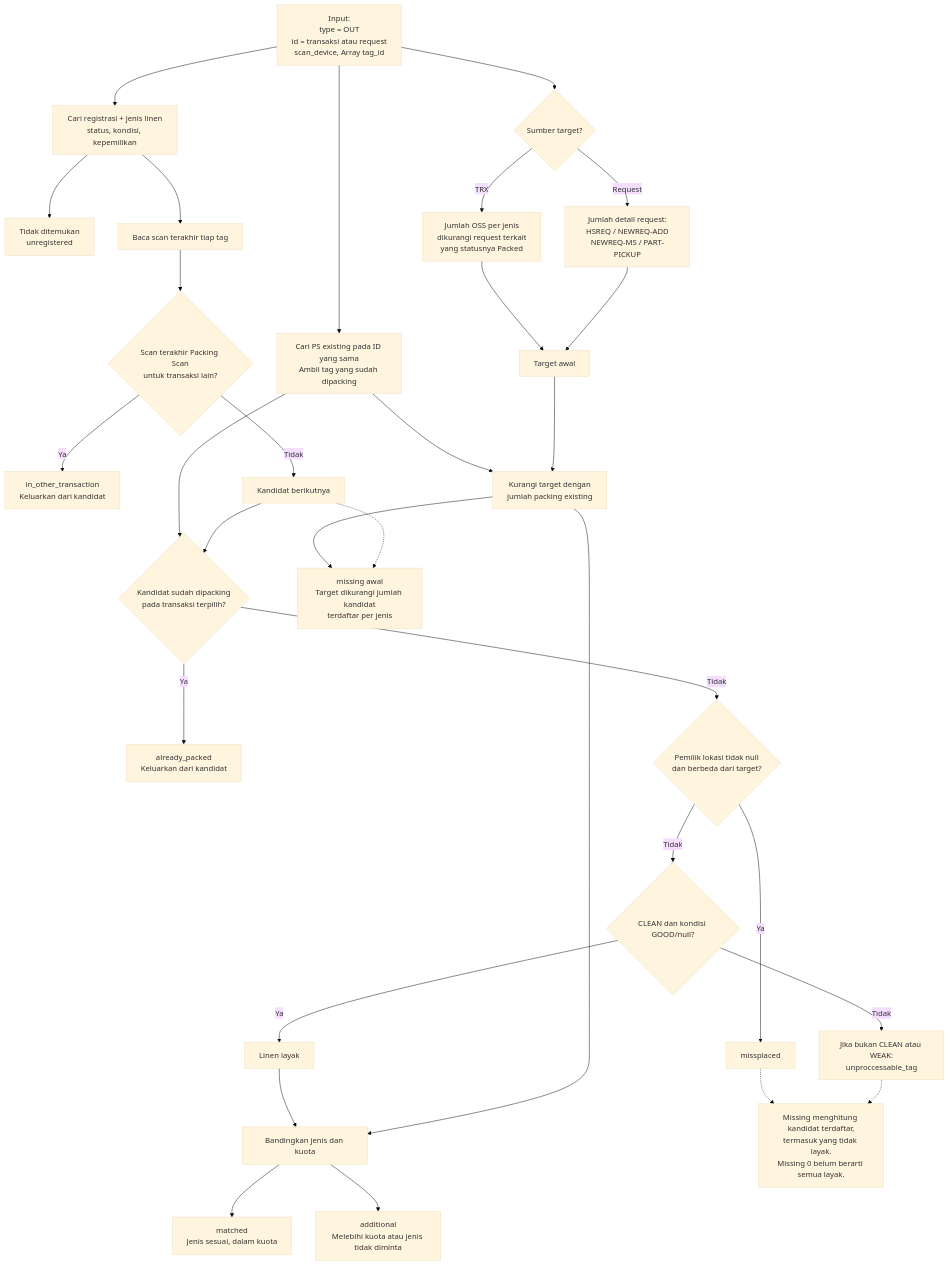
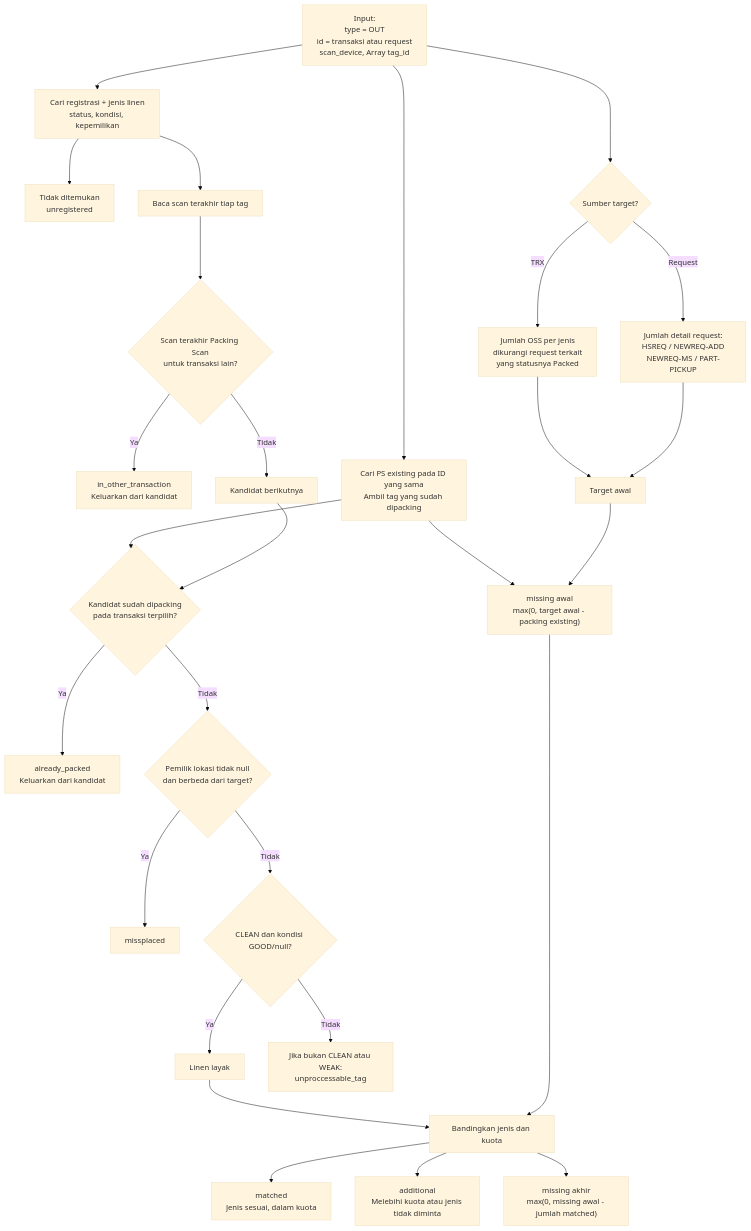
One commit to bagaskrmn/bac-flow-laundry changed the first of 3 diagrams in laundry-activities/packing-scan.md. Above: the diagram before and after it, drawn with Mermaid (base theme). The commit also changed other lines of this file and 3 other files, not shown here.

````diff
--- a/laundry-activities/packing-scan.md
+++ b/laundry-activities/packing-scan.md
@@ -3,39 +3,36 @@
 ```mermaid
 flowchart TD
     N_IN["Input:<br/>type = OUT<br/>id = transaksi atau request<br/>scan_device, Array tag_id"]
 
     N_IN --> N_MASTER["Cari registrasi + jenis linen<br/>status, kondisi, kepemilikan"]
     N_MASTER --> N_UNREG["Tidak ditemukan<br/>unregistered"]
     N_MASTER --> N_LAST["Baca scan terakhir tiap tag"]
     N_LAST --> N_OTHER{"Scan terakhir Packing Scan<br/>untuk transaksi lain?"}
     N_OTHER -->|Ya| N_O["in_other_transaction<br/>Keluarkan dari kandidat"]
     N_OTHER -->|Tidak| N_CAND["Kandidat berikutnya"]
 
     N_IN --> N_SOURCE{"Sumber target?"}
     N_SOURCE -->|TRX| N_OSS["Jumlah OSS per jenis<br/>dikurangi request terkait<br/>yang statusnya Packed"]
     N_SOURCE -->|Request| N_REQ["Jumlah detail request:<br/>HSREQ / NEWREQ-ADD<br/>NEWREQ-MS / PART-PICKUP"]
     N_OSS --> N_TARGET["Target awal"]
     N_REQ --> N_TARGET
 
     N_IN --> N_EXIST["Cari PS existing pada ID yang sama<br/>Ambil tag yang sudah dipacking"]
-    N_EXIST --> N_REDUCE["Kurangi target dengan<br/>jumlah packing existing"]
+    N_EXIST --> N_REDUCE["missing awal<br/>max(0, target awal - packing existing)"]
     N_TARGET --> N_REDUCE
     N_EXIST --> N_WAS{"Kandidat sudah dipacking<br/>pada transaksi terpilih?"}
     N_CAND --> N_WAS
     N_WAS -->|Ya| N_PACKED["already_packed<br/>Keluarkan dari kandidat"]
     N_WAS -->|Tidak| N_OWNER{"Pemilik lokasi tidak null<br/>dan berbeda dari target?"}
     N_OWNER -->|Ya| N_MISPLACE["missplaced"]
     N_OWNER -->|Tidak| N_CLEAN{"CLEAN dan kondisi GOOD/null?"}
     N_CLEAN -->|Ya| N_ELIGIBLE["Linen layak"]
     N_CLEAN -->|Tidak| N_BAD["Jika bukan CLEAN atau WEAK:<br/>unproccessable_tag"]
 
     N_ELIGIBLE --> N_COMP["Bandingkan jenis dan kuota"]
     N_REDUCE --> N_COMP
     N_COMP --> N_MATCH["matched<br/>Jenis sesuai, dalam kuota"]
     N_COMP --> N_ADD["additional<br/>Melebihi kuota atau jenis tidak diminta"]
 
-    N_REDUCE --> N_MISS["missing awal<br/>Target dikurangi jumlah kandidat<br/>terdaftar per jenis"]
-    N_CAND -.-> N_MISS
-    N_MISPLACE -.-> N_NOTE["Missing menghitung kandidat terdaftar,<br/>termasuk yang tidak layak.<br/>Missing 0 belum berarti semua layak."]
-    N_BAD -.-> N_NOTE
+    N_COMP --> N_MISS["missing akhir<br/>max(0, missing awal - jumlah matched)"]
 ```
````
